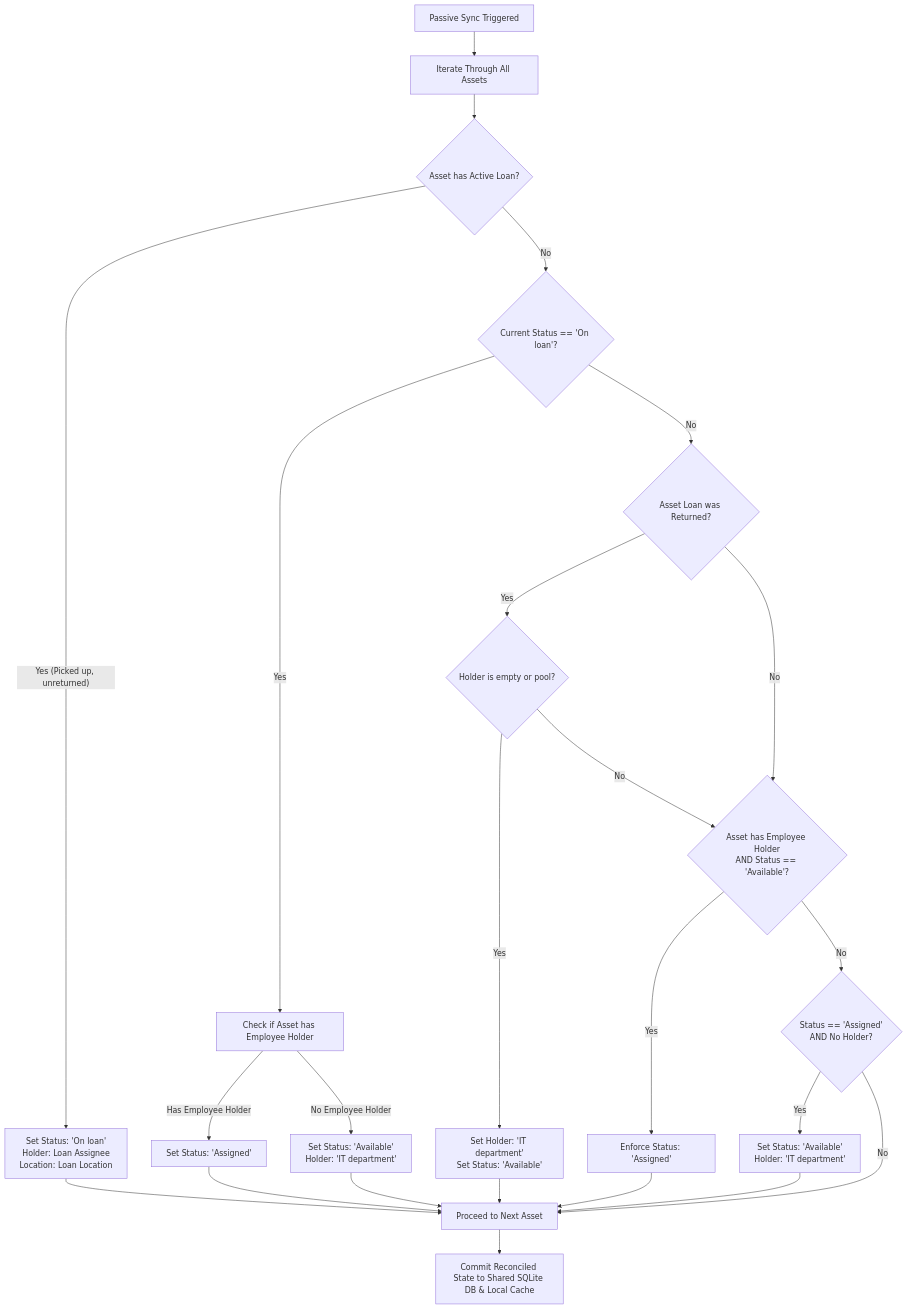
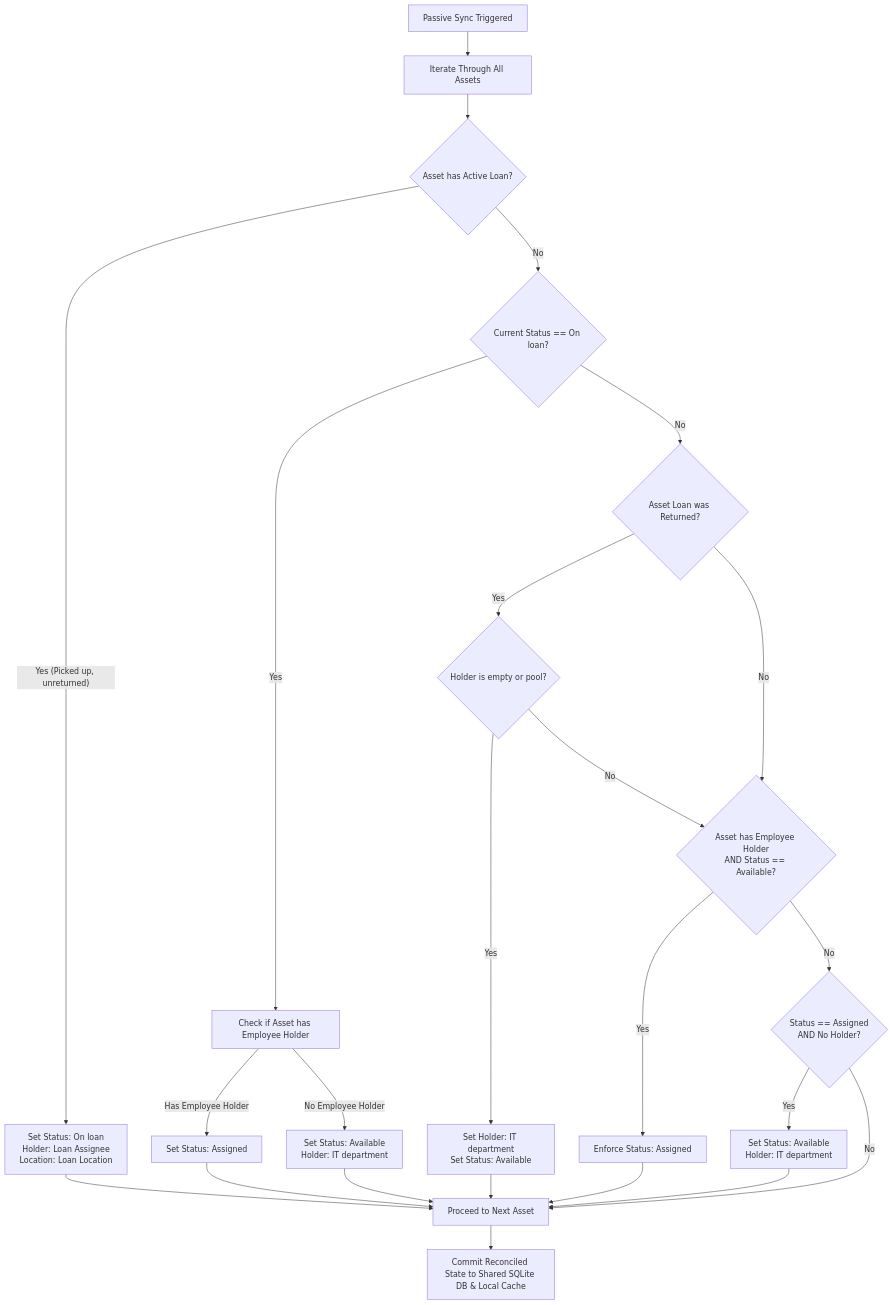
The second of 2 diagrams in Technical Specification.md (SDSAJames/Inventory-Management-Software), drawn with Mermaid before and after one commit. The commit also changed other lines of this file and 1 other file, not shown here.

Commit message:
fix Mermaid syntax error

````diff
--- a/Technical Specification.md
+++ b/Technical Specification.md
@@ -224,31 +224,31 @@
 ```mermaid
 flowchart TD
-    Start[Passive Sync Triggered] --> Iterate[Iterate Through All Assets]
-    Iterate --> CheckLoan{Asset has Active Loan?}
+    Start["Passive Sync Triggered"] --> Iterate["Iterate Through All Assets"]
+    Iterate --> CheckLoan{"Asset has Active Loan?"}
     
-    CheckLoan -- Yes (Picked up, unreturned) --> SetOnLoan[Set Status: 'On loan'<br>Holder: Loan Assignee<br>Location: Loan Location]
-    CheckLoan -- No --> CheckCurrentStatus{Current Status == 'On loan'?}
+    CheckLoan -- Yes (Picked up, unreturned) --> SetOnLoan["Set Status: On loan<br>Holder: Loan Assignee<br>Location: Loan Location"]
+    CheckLoan -- No --> CheckCurrentStatus{"Current Status == On loan?"}
     
-    CheckCurrentStatus -- Yes --> FreeFromLoan[Check if Asset has Employee Holder]
-    FreeFromLoan -- Has Employee Holder --> SetAssigned[Set Status: 'Assigned']
-    FreeFromLoan -- No Employee Holder --> SetAvailable[Set Status: 'Available'<br>Holder: 'IT department']
+    CheckCurrentStatus -- Yes --> FreeFromLoan["Check if Asset has Employee Holder"]
+    FreeFromLoan -- Has Employee Holder --> SetAssigned["Set Status: Assigned"]
+    FreeFromLoan -- No Employee Holder --> SetAvailable["Set Status: Available<br>Holder: IT department"]
     
-    CheckCurrentStatus -- No --> CheckReturnedLoan{Asset Loan was Returned?}
-    CheckReturnedLoan -- Yes --> CheckHolder{Holder is empty or pool?}
-    CheckHolder -- Yes --> NormIT[Set Holder: 'IT department'<br>Set Status: 'Available']
+    CheckCurrentStatus -- No --> CheckReturnedLoan{"Asset Loan was Returned?"}
+    CheckReturnedLoan -- Yes --> CheckHolder{"Holder is empty or pool?"}
+    CheckHolder -- Yes --> NormIT["Set Holder: IT department<br>Set Status: Available"]
     CheckHolder -- No --> CheckHolderInvariant
     
-    CheckReturnedLoan -- No --> CheckHolderInvariant{Asset has Employee Holder<br>AND Status == 'Available'?}
-    CheckHolderInvariant -- Yes --> FixAssigned[Enforce Status: 'Assigned']
-    CheckHolderInvariant -- No --> CheckAssignedWithoutHolder{Status == 'Assigned'<br>AND No Holder?}
-    CheckAssignedWithoutHolder -- Yes --> FixAvailable[Set Status: 'Available'<br>Holder: 'IT department']
-    CheckAssignedWithoutHolder -- No --> NextAsset[Proceed to Next Asset]
+    CheckReturnedLoan -- No --> CheckHolderInvariant{"Asset has Employee Holder<br>AND Status == Available?"}
+    CheckHolderInvariant -- Yes --> FixAssigned["Enforce Status: Assigned"]
+    CheckHolderInvariant -- No --> CheckAssignedWithoutHolder{"Status == Assigned<br>AND No Holder?"}
+    CheckAssignedWithoutHolder -- Yes --> FixAvailable["Set Status: Available<br>Holder: IT department"]
+    CheckAssignedWithoutHolder -- No --> NextAsset["Proceed to Next Asset"]
     
     SetOnLoan --> NextAsset
     SetAssigned --> NextAsset
     SetAvailable --> NextAsset
     NormIT --> NextAsset
     FixAssigned --> NextAsset
     FixAvailable --> NextAsset
-    NextAsset --> Finish[Commit Reconciled State to Shared SQLite DB & Local Cache]
+    NextAsset --> Finish["Commit Reconciled State to Shared SQLite DB & Local Cache"]
 ```
````
